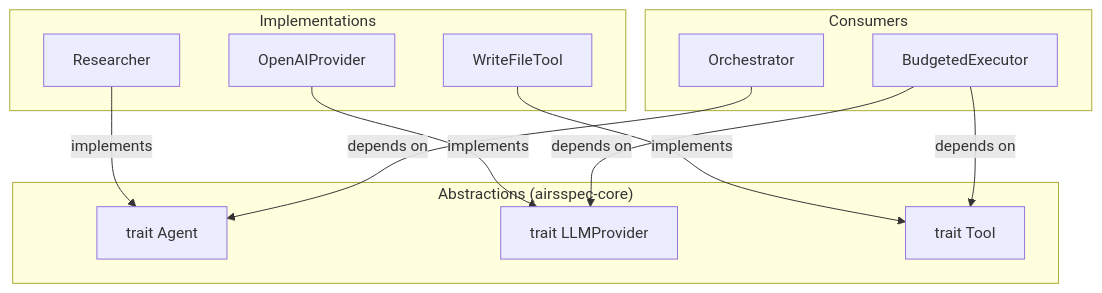
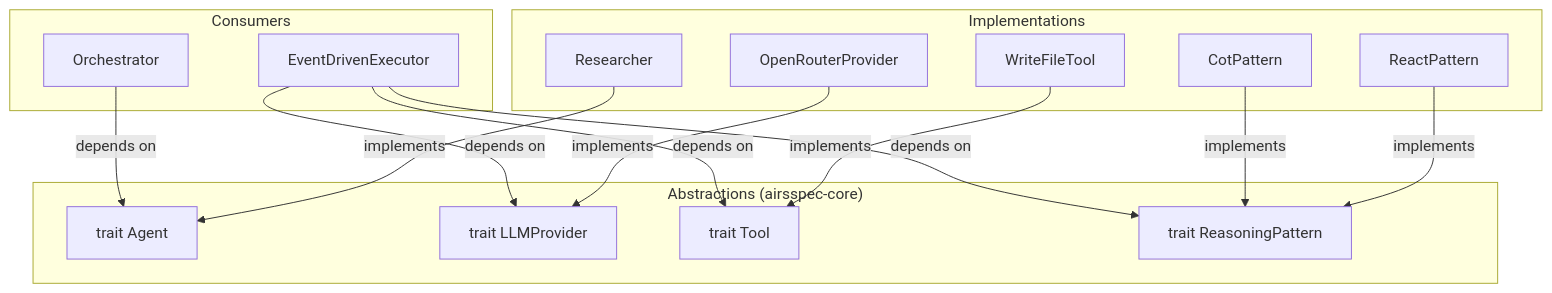
The second of 10 diagrams in docs/architecture.md (airsstack/airsspec), drawn with Mermaid before and after one commit. The commit also changed other lines of this file and 23 other files, not shown here.

First line of the commit message:
feat(agents): add UOW-002 agent system and reasoning pattern abstractions

````diff
--- a/docs/architecture.md
+++ b/docs/architecture.md
@@ -132,27 +135,33 @@
 ```mermaid
 graph TD
     subgraph "Abstractions (airsspec-core)"
         AgentTrait[trait Agent]
         LLMTrait[trait LLMProvider]
         ToolTrait[trait Tool]
+        ReasoningTrait[trait ReasoningPattern]
     end
     
     subgraph "Implementations"
         Researcher[Researcher]
-        OpenAI[OpenAIProvider]
+        OpenRouter[OpenRouterProvider]
         WriteFile[WriteFileTool]
+        ReactPattern[ReactPattern]
+        CotPattern[CotPattern]
     end
     
     subgraph "Consumers"
         Orchestrator[Orchestrator]
-        Executor[BudgetedExecutor]
+        Executor[EventDrivenExecutor]
     end
     
     Researcher -->|implements| AgentTrait
-    OpenAI -->|implements| LLMTrait
+    OpenRouter -->|implements| LLMTrait
     WriteFile -->|implements| ToolTrait
+    ReactPattern -->|implements| ReasoningTrait
+    CotPattern -->|implements| ReasoningTrait
     
     Orchestrator -->|depends on| AgentTrait
     Executor -->|depends on| LLMTrait
     Executor -->|depends on| ToolTrait
+    Executor -->|depends on| ReasoningTrait
 ```
````
